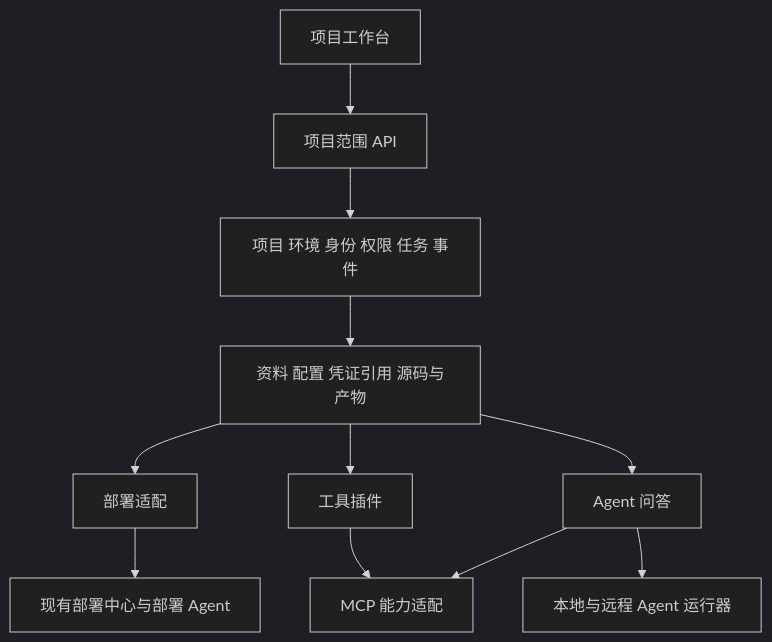
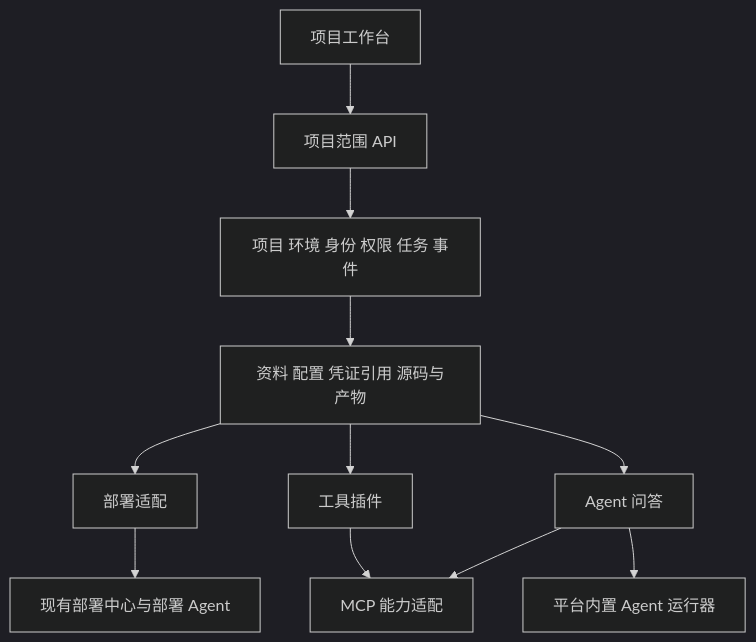
One commit to coco-ari/CodeMinificationRepository changed the diagram in examples/project-workbench-design.md. Above: the diagram before and after it, drawn with Mermaid (dark theme). The commit also changed other lines of this file and 28809 other files, not shown here.

````diff
--- a/examples/project-workbench-design.md
+++ b/examples/project-workbench-design.md
@@ -42,13 +46,13 @@
 ```mermaid
 flowchart TB
     UI[项目工作台] --> API[项目范围 API]
     API --> Base[项目 环境 身份 权限 任务 事件]
     Base --> Assets[资料 配置 凭证引用 源码与产物]
     Assets --> Deploy[部署适配]
     Assets --> Plugins[工具插件]
     Assets --> Chat[Agent 问答]
     Plugins --> MCP[MCP 能力适配]
     Chat --> MCP
-    Chat --> Runners[本地与远程 Agent 运行器]
+    Chat --> Runners[平台内置 Agent 运行器]
     Deploy --> Existing[现有部署中心与部署 Agent]
 ```
````
